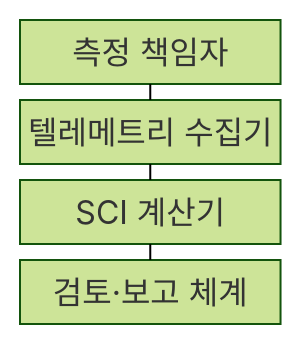
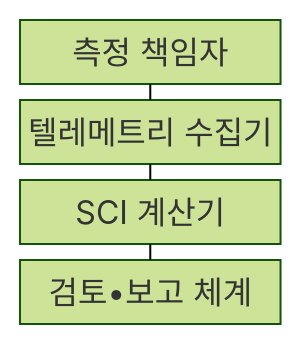
The first of 2 diagrams in src/content/docs/notes/03-software/195_green_software_sci.md (agnusdei1207/knowledge-base), drawn with Mermaid (forest theme) before and after one commit. The commit also changed other lines of this file and 953 other files, not shown here.

````diff
--- a/src/content/docs/notes/03-software/195_green_software_sci.md
+++ b/src/content/docs/notes/03-software/195_green_software_sci.md
@@ -69,11 +69,11 @@
 ```mermaid
 block
     columns 1
     O["측정 책임자"]
     T["텔레메트리 수집기"]
     C["SCI 계산기"]
-    R["검토·보고 체계"]
+    R["검토•보고 체계"]
     O --- T
     T --- C
     C --- R
 ```
````
